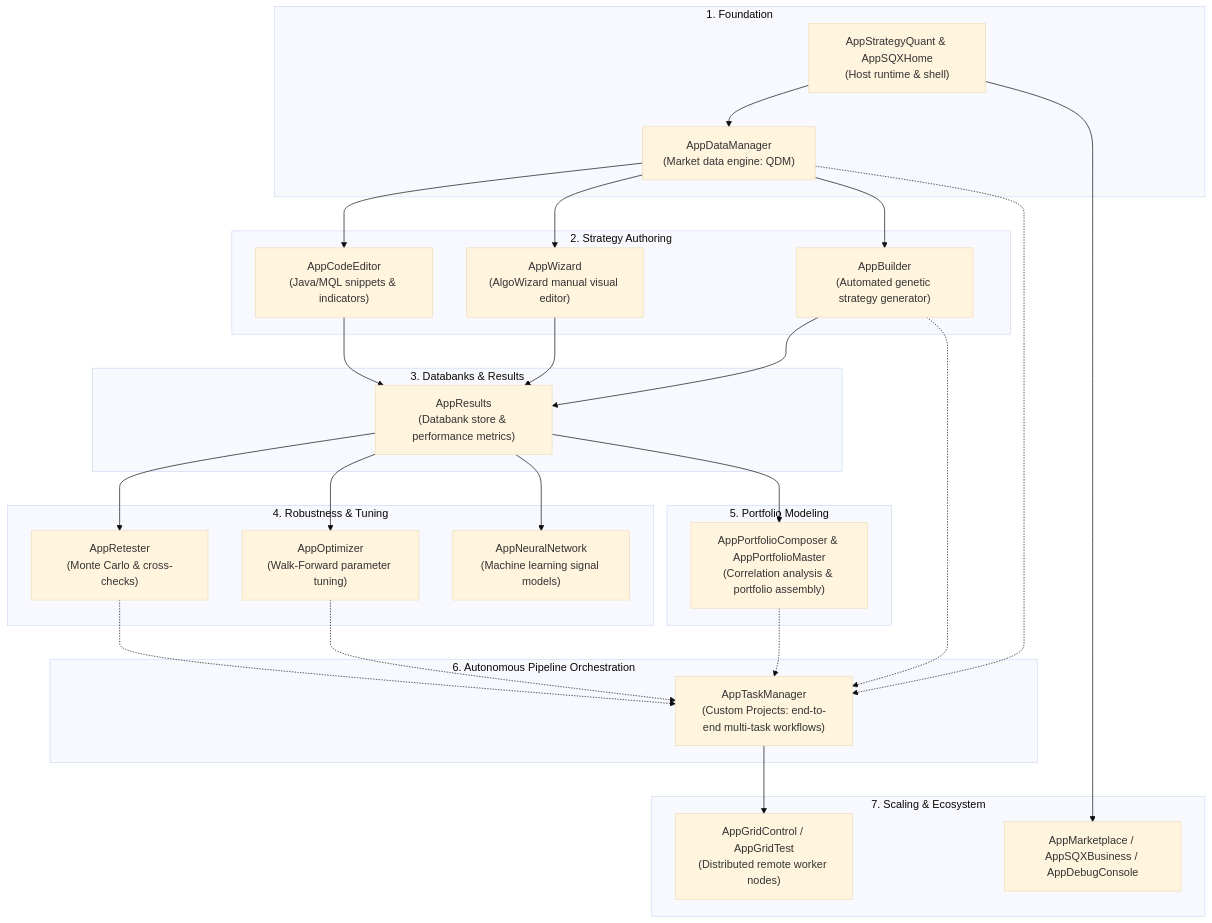
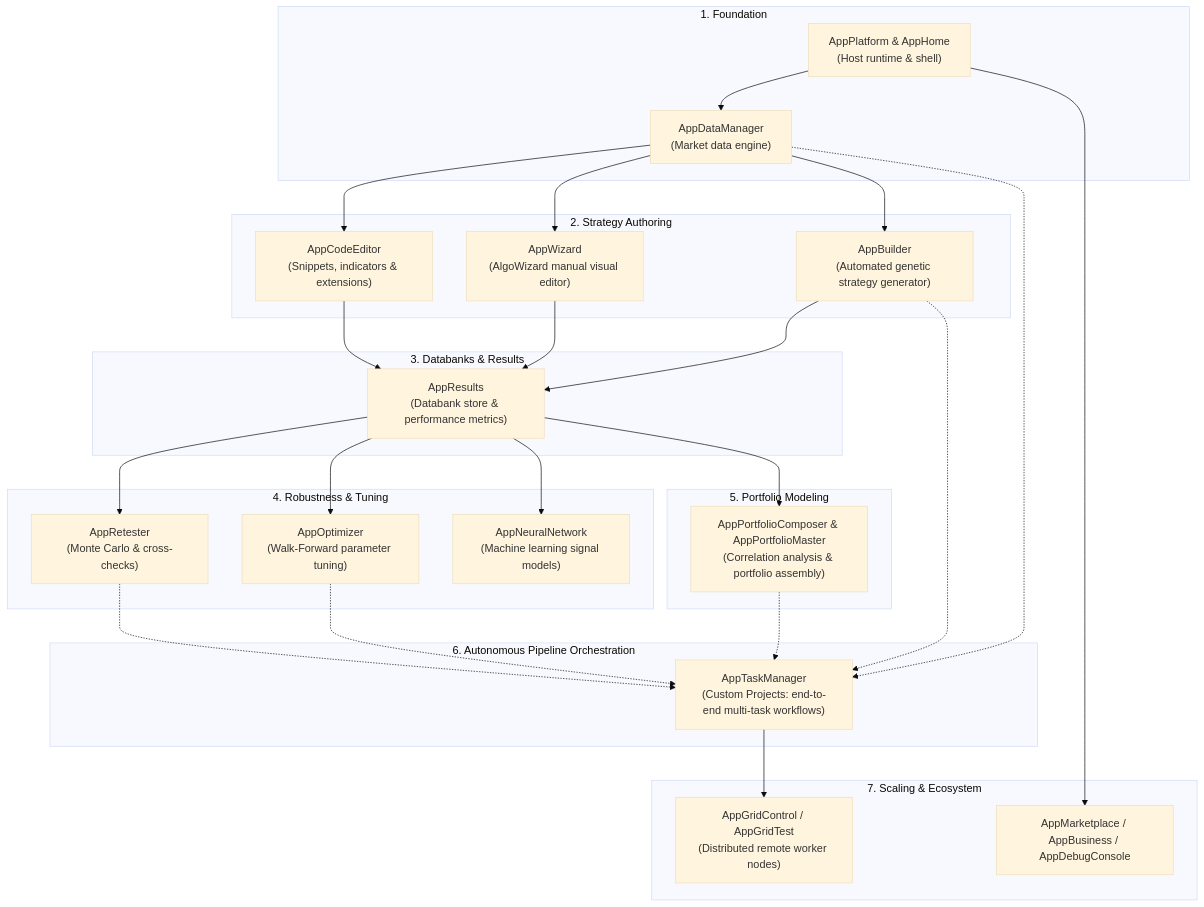
Before and after one commit to haruperi/HaruQuantAI: the first of 5 diagrams in docs/SQX/architecture-and-reimplementation.md, drawn with Mermaid (base theme). The commit also changed other lines of this file, not shown here.

````diff
--- a/docs/SQX/architecture-and-reimplementation.md
+++ b/docs/SQX/architecture-and-reimplementation.md
@@ -25,35 +25,35 @@
 ```mermaid
 flowchart TD
     subgraph S1["1. Foundation"]
-        Host["AppStrategyQuant & AppSQXHome<br/>(Host runtime & shell)"] --> DataMgr["AppDataManager<br/>(Market data engine: QDM)"]
+        Host["AppPlatform & AppHome<br/>(Host runtime & shell)"] --> DataMgr["AppDataManager<br/>(Market data engine)"]
     end
     subgraph S2["2. Strategy Authoring"]
-        DataMgr --> CodeEd["AppCodeEditor<br/>(Java/MQL snippets & indicators)"]
+        DataMgr --> CodeEd["AppCodeEditor<br/>(Snippets, indicators & extensions)"]
         DataMgr --> Wiz["AppWizard<br/>(AlgoWizard manual visual editor)"]
         DataMgr --> Bld["AppBuilder<br/>(Automated genetic strategy generator)"]
     end
     subgraph S3["3. Databanks & Results"]
         CodeEd --> Res["AppResults<br/>(Databank store & performance metrics)"]
         Wiz --> Res
         Bld --> Res
     end
     subgraph S4["4. Robustness & Tuning"]
         Res --> Retest["AppRetester<br/>(Monte Carlo & cross-checks)"]
         Res --> Opt["AppOptimizer<br/>(Walk-Forward parameter tuning)"]
         Res --> NN["AppNeuralNetwork<br/>(Machine learning signal models)"]
     end
     subgraph S5["5. Portfolio Modeling"]
         Res --> Port["AppPortfolioComposer & AppPortfolioMaster<br/>(Correlation analysis & portfolio assembly)"]
     end
     subgraph S6["6. Autonomous Pipeline Orchestration"]
         DataMgr -.-> TM["AppTaskManager<br/>(Custom Projects: end-to-end multi-task workflows)"]
         Bld -.-> TM
         Retest -.-> TM
         Opt -.-> TM
         Port -.-> TM
     end
     subgraph S7["7. Scaling & Ecosystem"]
         TM --> Grid["AppGridControl / AppGridTest<br/>(Distributed remote worker nodes)"]
-        Host --> Tools["AppMarketplace / AppSQXBusiness / AppDebugConsole"]
+        Host --> Tools["AppMarketplace / AppBusiness / AppDebugConsole"]
     end
 ```
````
